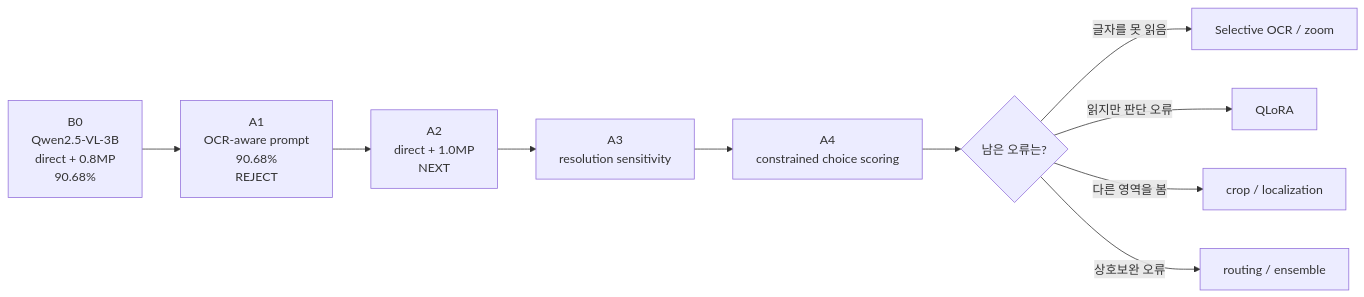
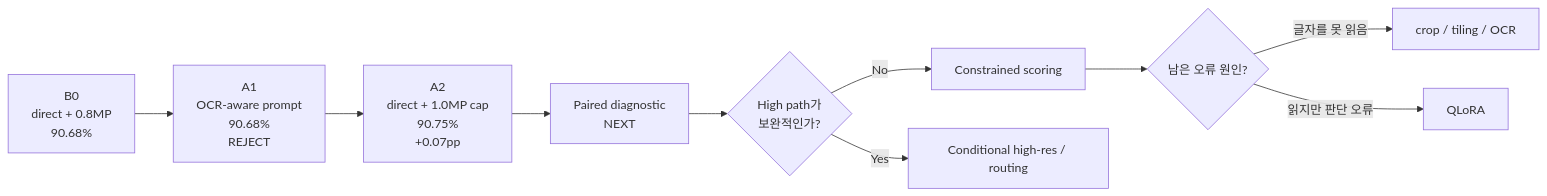
The diagram in reports/model_evolution.md (moonaneul/VQA_text_image_based), drawn with Mermaid before and after one commit. The commit also changed other lines of this file, not shown here.

````diff
--- a/reports/model_evolution.md
+++ b/reports/model_evolution.md
@@ -7,12 +7,12 @@
 ```mermaid
 flowchart LR
-    B0["B0<br/>Qwen2.5-VL-3B<br/>direct + 0.8MP<br/>90.68%"] --> A1["A1<br/>OCR-aware prompt<br/>90.68%<br/>REJECT"]
-    A1 --> A2["A2<br/>direct + 1.0MP<br/>NEXT"]
-    A2 --> A3["A3<br/>resolution sensitivity"]
-    A3 --> A4["A4<br/>constrained choice scoring"]
-    A4 --> D{"남은 오류는?"}
-    D -->|글자를 못 읽음| A5["Selective OCR / zoom"]
-    D -->|읽지만 판단 오류| A6["QLoRA"]
-    D -->|다른 영역을 봄| L["crop / localization"]
-    D -->|상호보완 오류| E["routing / ensemble"]
+    B0["B0<br/>direct + 0.8MP<br/>90.68%"] --> A1["A1<br/>OCR-aware prompt<br/>90.68%<br/>REJECT"]
+    A1 --> A2["A2<br/>direct + 1.0MP cap<br/>90.75%<br/>+0.07pp"]
+    A2 --> P["Paired diagnostic<br/>NEXT"]
+    P --> Q{"High path가<br/>보완적인가?"}
+    Q -->|No| A4["Constrained scoring"]
+    Q -->|Yes| R["Conditional high-res / routing"]
+    A4 --> D{"남은 오류 원인?"}
+    D -->|글자를 못 읽음| Z["crop / tiling / OCR"]
+    D -->|읽지만 판단 오류| F["QLoRA"]
 ```
````
